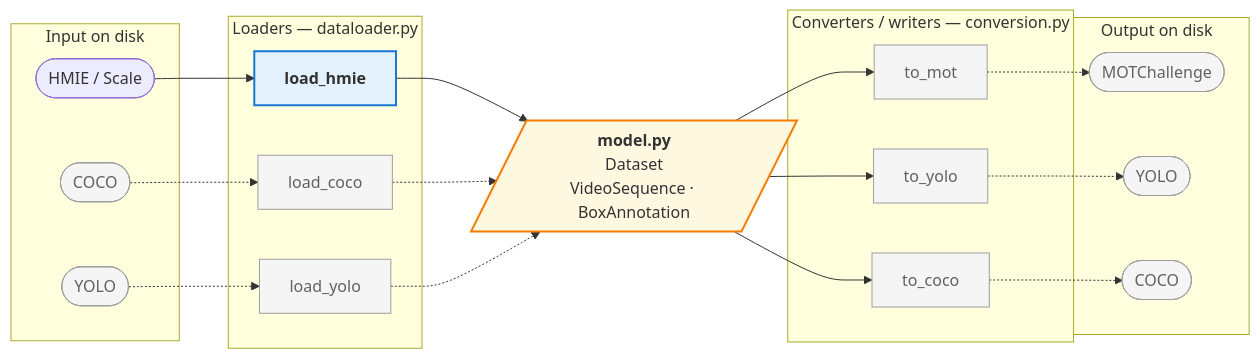
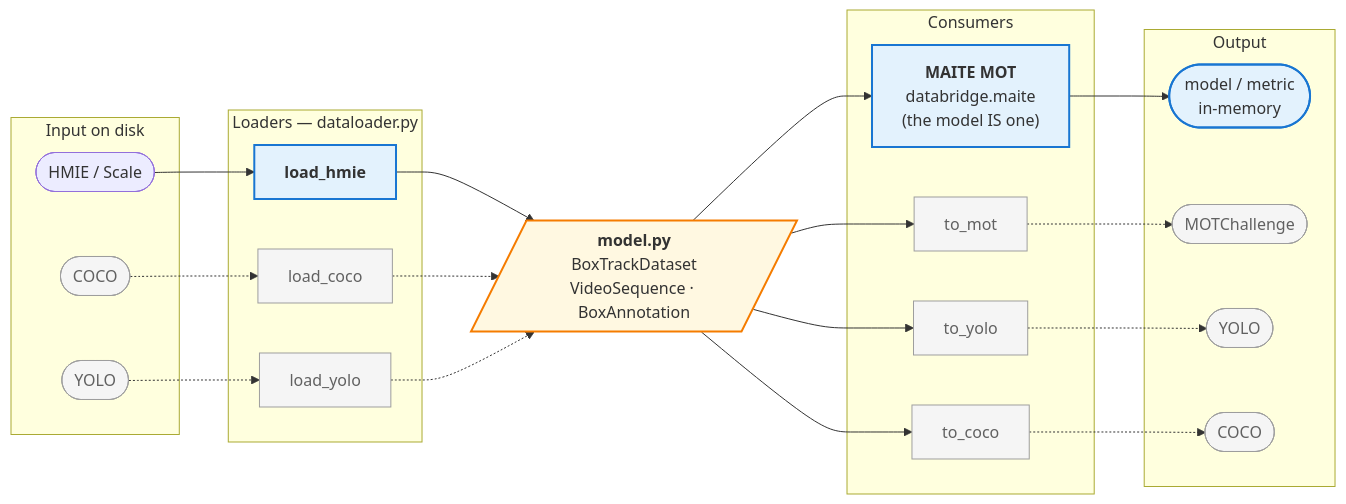
One commit to openteams-ai/datamaite changed the first of 8 diagrams in docs/architecture.md. Above: the diagram before and after it, drawn with Mermaid. The commit also changed other lines of this file and 24 other files, not shown here.

Commit message:
MAITE interoperability: the loaded dataset is natively a MAITE MOT dataset

````diff
--- a/docs/architecture.md
+++ b/docs/architecture.md
@@ -25,48 +27,53 @@
 ```mermaid
 flowchart LR
     subgraph in [Input on disk]
         HMIE([HMIE / Scale])
         COCOIN([COCO])
         YOLOIN([YOLO])
     end
 
     subgraph loaders [Loaders — dataloader.py]
         LH["<b>load_hmie</b>"]
         LC["load_coco"]
         LY["load_yolo"]
     end
 
-    HUB[/"<b>model.py</b><br/>Dataset<br/>VideoSequence · BoxAnnotation"/]
+    HUB[/"<b>model.py</b><br/>BoxTrackDataset<br/>VideoSequence · BoxAnnotation"/]
 
-    subgraph writers [Converters / writers — conversion.py]
+    subgraph consumers [Consumers]
+        MAITE["<b>MAITE MOT</b><br/>databridge.maite<br/>(the model IS one)"]
         TM["to_mot"]
         TY["to_yolo"]
         TC["to_coco"]
     end
 
-    subgraph out [Output on disk]
+    subgraph out [Output]
+        MAITEOUT([model / metric<br/>in-memory])
         MOTOUT([MOTChallenge])
         YOLOUT([YOLO])
         COCOUT([COCO])
     end
 
     HMIE --> LH
     COCOIN -.-> LC
     YOLOIN -.-> LY
     LH --> HUB
     LC -.-> HUB
     LY -.-> HUB
+    HUB --> MAITE
     HUB --> TM
     HUB --> TY
     HUB --> TC
+    MAITE --> MAITEOUT
     TM -.-> MOTOUT
     TY -.-> YOLOUT
     TC -.-> COCOUT
 
     classDef hub fill:#fff8e1,stroke:#f57c00,stroke-width:2px;
     classDef impl fill:#e3f2fd,stroke:#1976d2,stroke-width:2px;
     classDef planned fill:#f5f5f5,stroke:#9e9e9e,color:#616161;
     class HUB hub;
-    class LH impl;
+    class LH,MAITE impl;
+    class MAITEOUT impl;
     class LC,LY,TM,TY,TC,COCOIN,YOLOIN,MOTOUT,YOLOUT,COCOUT planned;
 ```
````
